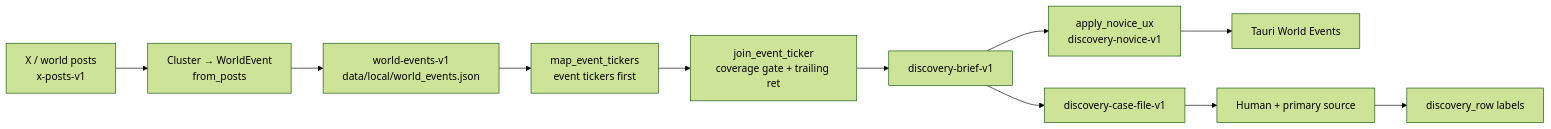
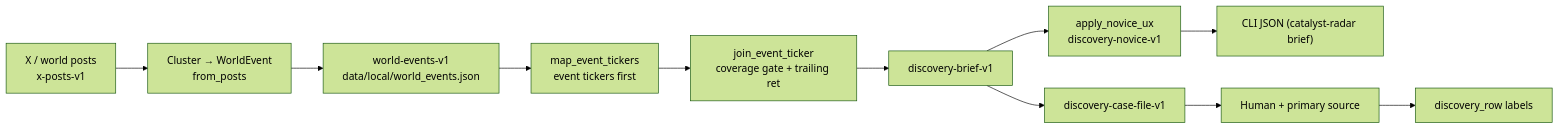
One commit to deaddeadbeef/MarketRadar changed the second of 4 diagrams in docs/designs/2026-08-15-marketradar-product-spec.md. Above: the diagram before and after it, drawn with Mermaid (forest theme). The commit also changed other lines of this file and 34 other files, not shown here.

````diff
--- a/docs/designs/2026-08-15-marketradar-product-spec.md
+++ b/docs/designs/2026-08-15-marketradar-product-spec.md
@@ -345,13 +347,13 @@
 ```mermaid
 flowchart LR
   x["X / world posts<br/>x-posts-v1"] --> cluster["Cluster → WorldEvent<br/>from_posts"]
   cluster --> we["world-events-v1<br/>data/local/world_events.json"]
   we --> map["map_event_tickers<br/>event tickers first"]
   map --> join["join_event_ticker<br/>coverage gate + trailing ret"]
   join --> brief["discovery-brief-v1"]
   brief --> ux["apply_novice_ux<br/>discovery-novice-v1"]
-  ux --> ui["Tauri World Events"]
+  ux --> ui["CLI JSON (catalyst-radar brief)"]
   brief --> case["discovery-case-file-v1"]
   case --> human["Human + primary source"]
   human --> label["discovery_row labels"]
 ```
````
